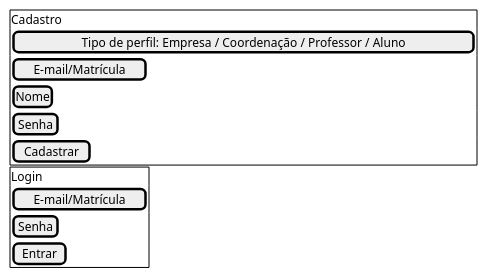
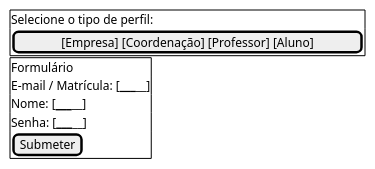
The diagram in docs/autenticacao.salt.puml (Projetos-de-Extensao/PFE_25.2_8003_I), drawn with PlantUML before and after one commit. The commit also changed 24 other files, not shown here.

```diff
--- a/docs/autenticacao.salt.puml
+++ b/docs/autenticacao.salt.puml
@@ -1,19 +1,17 @@
-@startuml autenticacao
+@startuml Cadastro de Usuário
 salt
 {
   {+
-    Cadastro
-    [Tipo de perfil: Empresa / Coordenação / Professor / Aluno]
-    [E-mail/Matrícula]
-    [Nome]
-    [Senha]
-    [Cadastrar]
+    Selecione o tipo de perfil:
+    [[Empresa] [Coordenação] [Professor] [Aluno]]
   }
   {+
-    Login
-    [E-mail/Matrícula]
-    [Senha]
-    [Entrar]
+    Formulário
+    E-mail / Matrícula: [_________________]
+    Nome: [_________________]
+    Senha: [_________________]
+    [Submeter]
   }
 }
+
 @enduml
```
